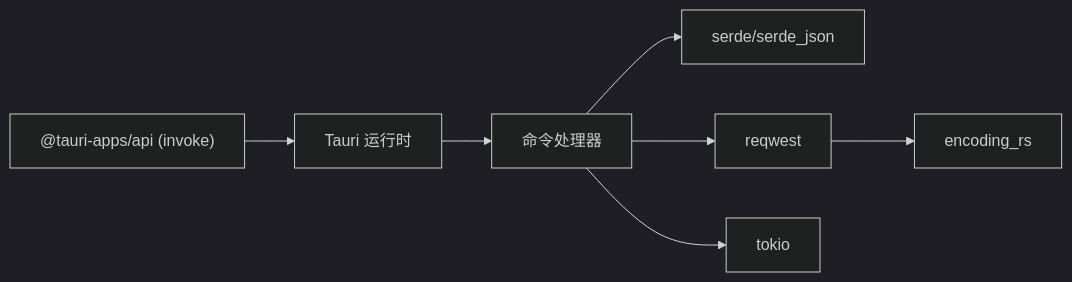
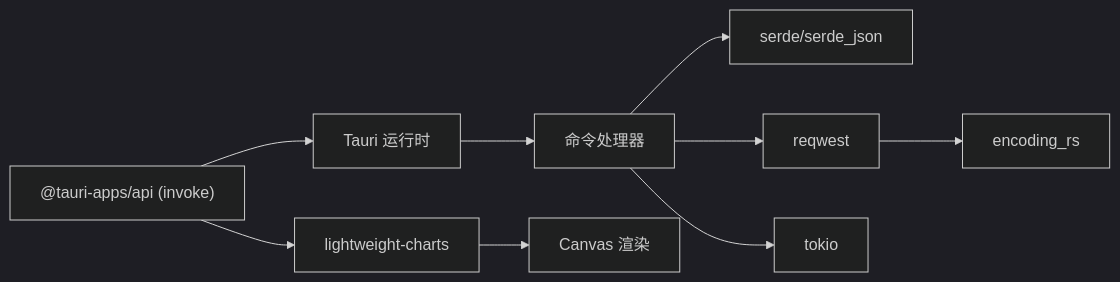
The seventh of 7 diagrams in .qoder/repowiki/zh/content/后端开发/Tauri命令接口.md (jiashaoying/hq-kanban-app), drawn with Mermaid (dark theme) before and after one commit. The commit also changed other lines of this file and 7 other files, not shown here.

````diff
--- a/.qoder/repowiki/zh/content/后端开发/Tauri命令接口.md
+++ b/.qoder/repowiki/zh/content/后端开发/Tauri命令接口.md
@@ -277,9 +505,11 @@
 ```mermaid
 graph LR
 FE["@tauri-apps/api (invoke)"] --> Tauri["Tauri 运行时"]
 Tauri --> Cmd["命令处理器"]
 Cmd --> Serde["serde/serde_json"]
 Cmd --> Req["reqwest"]
 Req --> Enc["encoding_rs"]
 Cmd --> Tokio["tokio"]
+FE --> Charts["lightweight-charts"]
+Charts --> Canvas["Canvas 渲染"]
 ```
````
